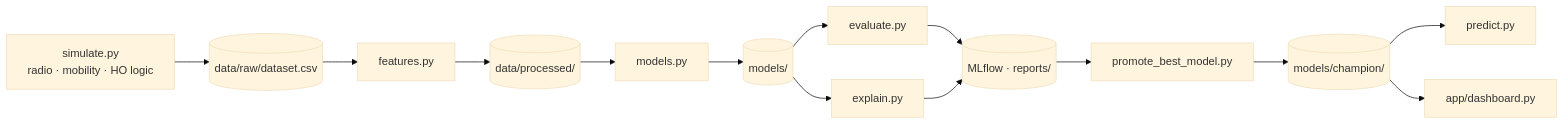
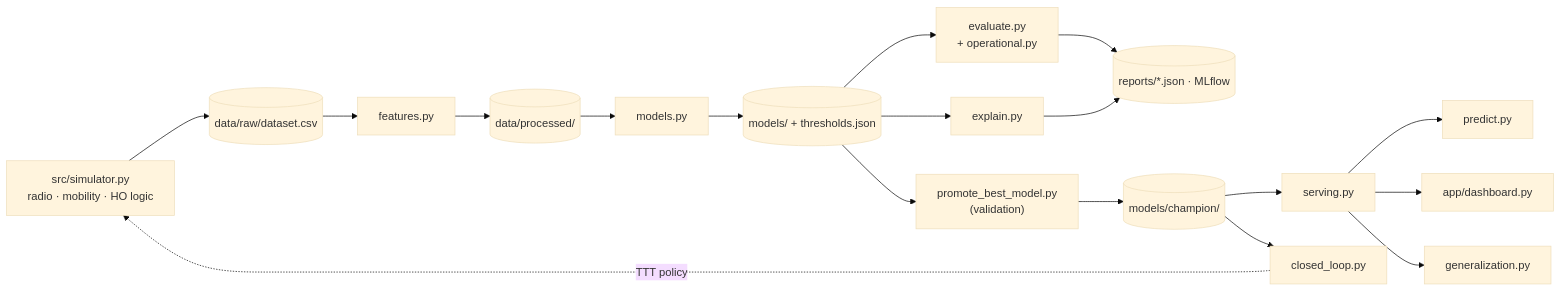
Before and after one commit to SouhailBourhim/Intelligent-Handover-Prediction-LTE: the diagram in docs/Architecture.md, drawn with Mermaid (base theme). The commit also changed other lines of this file and 17 other files, not shown here.

````diff
--- a/docs/Architecture.md
+++ b/docs/Architecture.md
@@ -5,11 +5,15 @@
 ```mermaid
 flowchart LR
-    SIM["simulate.py<br/>radio · mobility · HO logic"] --> RAW[("data/raw/dataset.csv")]
+    SIM["src/simulator.py<br/>radio · mobility · HO logic"] --> RAW[("data/raw/dataset.csv")]
     RAW --> FE["features.py"] --> PROC[("data/processed/")]
-    PROC --> TR["models.py"] --> MOD[("models/")]
-    MOD --> EV["evaluate.py"] --> MLF[("MLflow · reports/")]
-    MOD --> EX["explain.py"] --> MLF
-    MLF --> PRO["promote_best_model.py"] --> CH[("models/champion/")]
-    CH --> PRED["predict.py"]
-    CH --> DASH["app/dashboard.py"]
+    PROC --> TR["models.py"] --> MOD[("models/ + thresholds.json")]
+    MOD --> EV["evaluate.py<br/>+ operational.py"] --> REP[("reports/*.json · MLflow")]
+    MOD --> EX["explain.py"] --> REP
+    MOD --> PRO["promote_best_model.py<br/>(validation)"] --> CH[("models/champion/")]
+    CH --> SERV["serving.py"]
+    SERV --> PRED["predict.py"]
+    SERV --> DASH["app/dashboard.py"]
+    SERV --> GEN["generalization.py"]
+    CH --> CL["closed_loop.py"]
+    CL -. "TTT policy" .-> SIM
 ```
````
